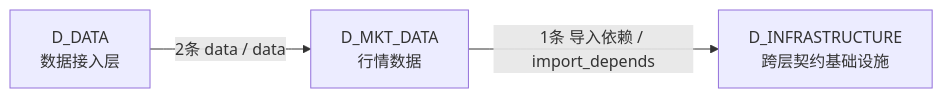
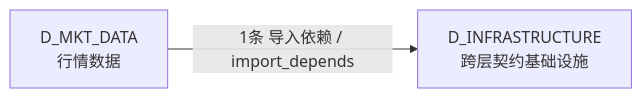
One commit to xuanFelixVan/ZephyrAlpha changed the fourth of 4 diagrams in docs/02_enterprise_architecture/02_domain_architecture_docs/20_d_mkt_data.md. Above: the diagram before and after it, drawn with Mermaid. The commit also changed other lines of this file and 105 other files, not shown here.

````diff
--- a/docs/02_enterprise_architecture/02_domain_architecture_docs/20_d_mkt_data.md
+++ b/docs/02_enterprise_architecture/02_domain_architecture_docs/20_d_mkt_data.md
@@ -166,8 +158,6 @@
 ```mermaid
 graph LR
     D_MKT_DATA["D_MKT_DATA<br/>行情数据"]
     D_INFRASTRUCTURE["D_INFRASTRUCTURE<br/>跨层契约基础设施"]
-    D_DATA["D_DATA<br/>数据接入层"]
     D_MKT_DATA -->|1条 导入依赖 / import_depends| D_INFRASTRUCTURE
-    D_DATA -->|2条 data / data| D_MKT_DATA
 ```
````
